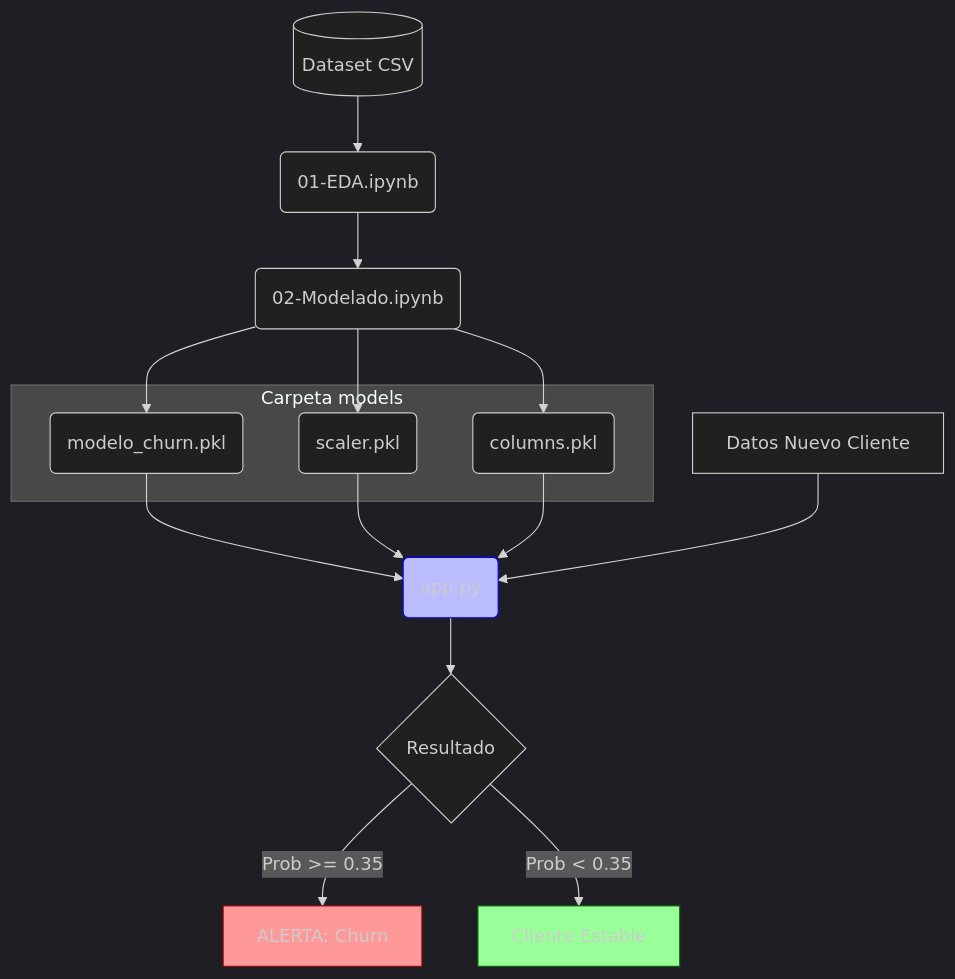
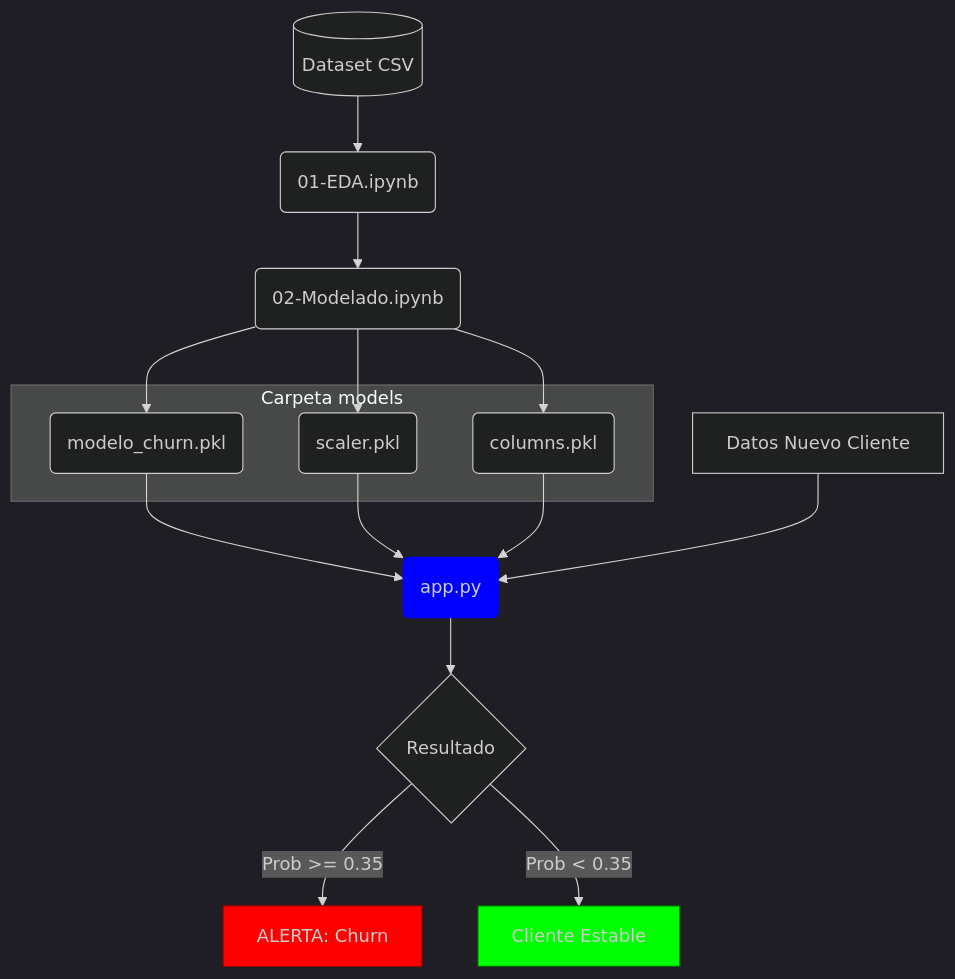
One commit to JuanManuelResquin84/Portafolio_03_Proyecto_AndesLink_MLOps changed the diagram in README.md. Above: the diagram before and after it, drawn with Mermaid.

````diff
--- a/README.md
+++ b/README.md
@@ -23,61 +23,61 @@
 ```mermaid
 
 %%{init: {'theme': 'dark'}}%%
 
 graph TD
 
     %% Flujo Principal
 
     DATA[(Dataset CSV)] --> EDA(01-EDA.ipynb)
 
     EDA --> MODEL(02-Modelado.ipynb)
 
    
 
     %% Guardado de Archivos
 
     subgraph Modelos [Carpeta models]
 
         P1(modelo_churn.pkl)
 
         P2(scaler.pkl)
 
         P3(columns.pkl)
 
     end
 
     MODEL --> P1
 
     MODEL --> P2
 
     MODEL --> P3
 
 
 
     %% Proceso de Inferencia
 
     P1 & P2 & P3 --> APP(app.py)
 
     CLIENTE[Datos Nuevo Cliente] --> APP
 
    
 
     %% Decisiones
 
     APP --> RES{Resultado}
 
     RES -->|Prob >= 0.35| ALERTA[ALERTA: Churn]
 
     RES -->|Prob < 0.35| OK[Cliente Estable]
 
 
 
     %% Colores para resaltar
 
-    style ALERTA fill:#f99,stroke:#900
+    style ALERTA fill:#ff0000,stroke:#900
 
-    style OK fill:#9f9,stroke:#060
+    style OK fill:#00ff00,stroke:#060
 
-    style APP fill:#bbf,stroke:#00f
+    style APP fill:#0000ff,stroke:#00f
 
 ```
````
